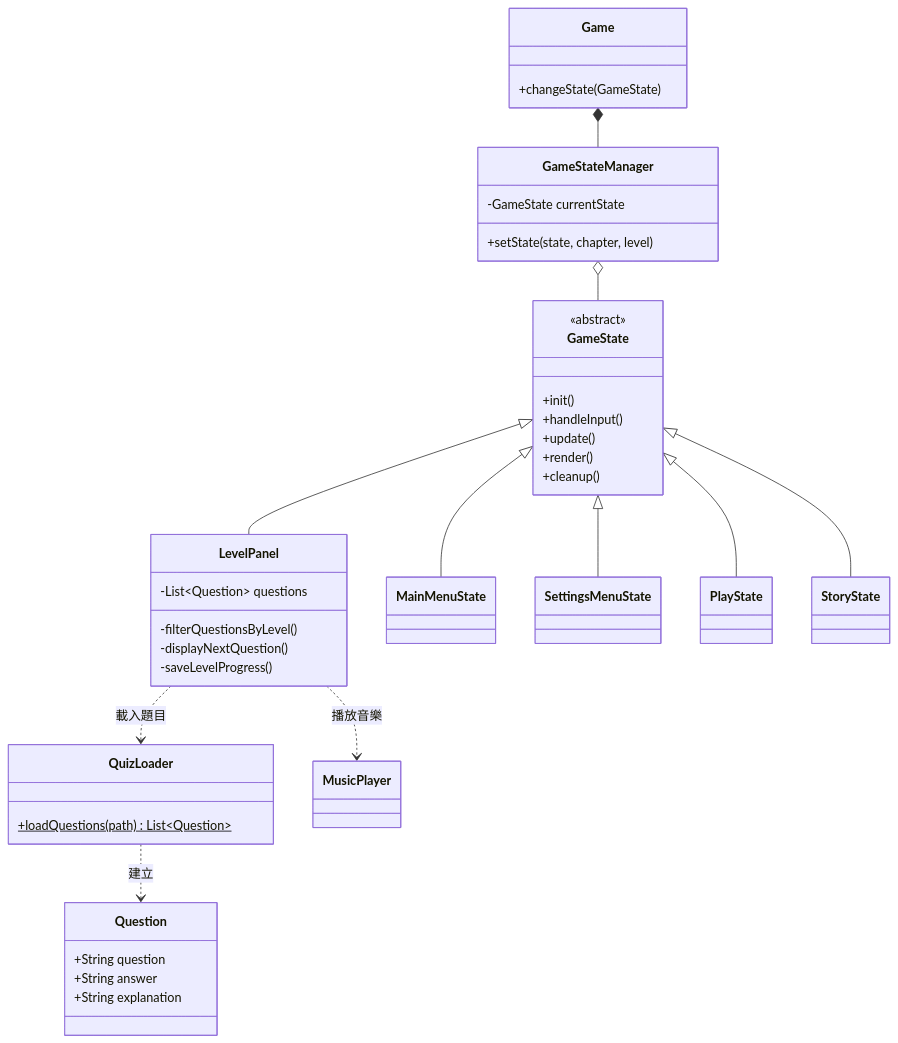
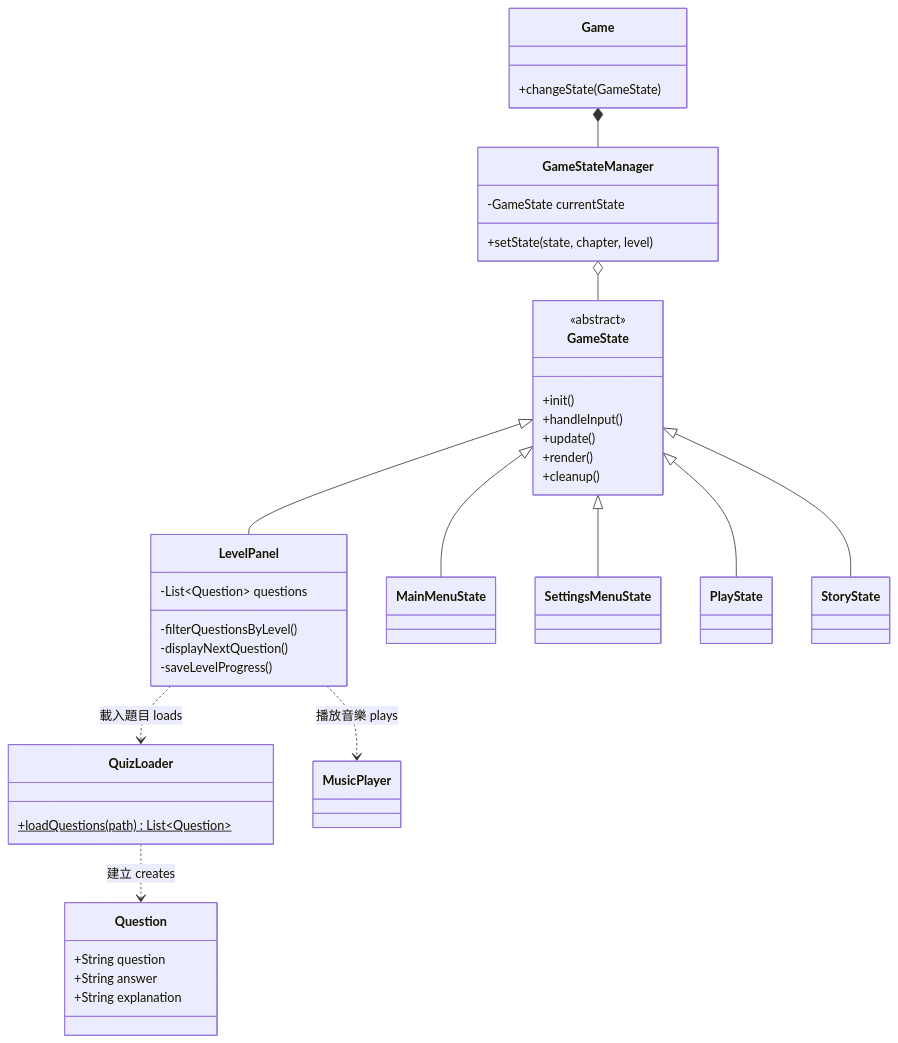
One commit to Jesse-Jumbo/program-design-II changed the second of 2 diagrams in README.md. Above: the diagram before and after it, drawn with Mermaid. The commit also changed other lines of this file, not shown here.

````diff
--- a/README.md
+++ b/README.md
@@ -153,43 +166,43 @@
 ```mermaid
 classDiagram
     class Game {
         +changeState(GameState)
     }
     class GameStateManager {
         -GameState currentState
         +setState(state, chapter, level)
     }
     class GameState {
         <<abstract>>
         +init()
         +handleInput()
         +update()
         +render()
         +cleanup()
     }
     class LevelPanel {
         -List~Question~ questions
         -filterQuestionsByLevel()
         -displayNextQuestion()
         -saveLevelProgress()
     }
     class QuizLoader {
         +loadQuestions(path)$ List~Question~
     }
     class Question {
         +String question
         +String answer
         +String explanation
     }
 
     Game *-- GameStateManager
     GameStateManager o-- GameState
     GameState <|-- MainMenuState
     GameState <|-- SettingsMenuState
     GameState <|-- PlayState
     GameState <|-- LevelPanel
     GameState <|-- StoryState
-    LevelPanel ..> QuizLoader : 載入題目
-    QuizLoader ..> Question : 建立
-    LevelPanel ..> MusicPlayer : 播放音樂
+    LevelPanel ..> QuizLoader : 載入題目 loads
+    QuizLoader ..> Question : 建立 creates
+    LevelPanel ..> MusicPlayer : 播放音樂 plays
 ```
````
